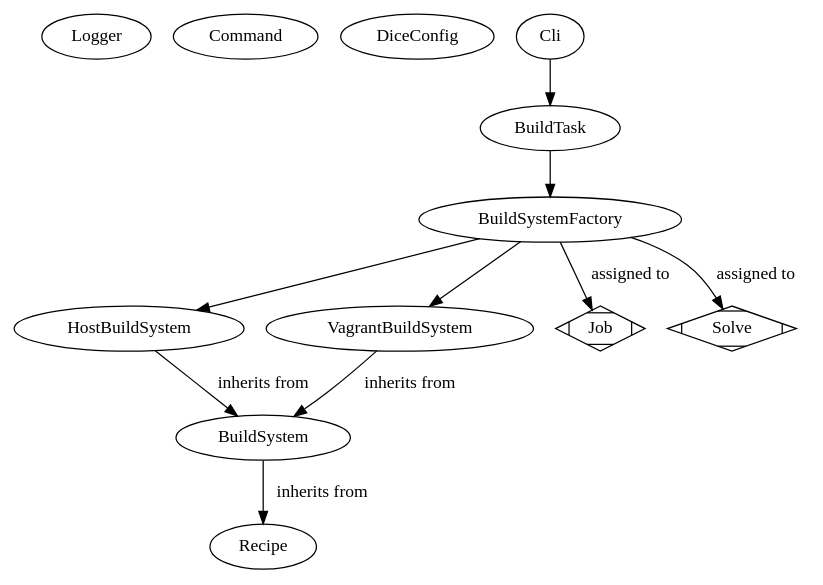
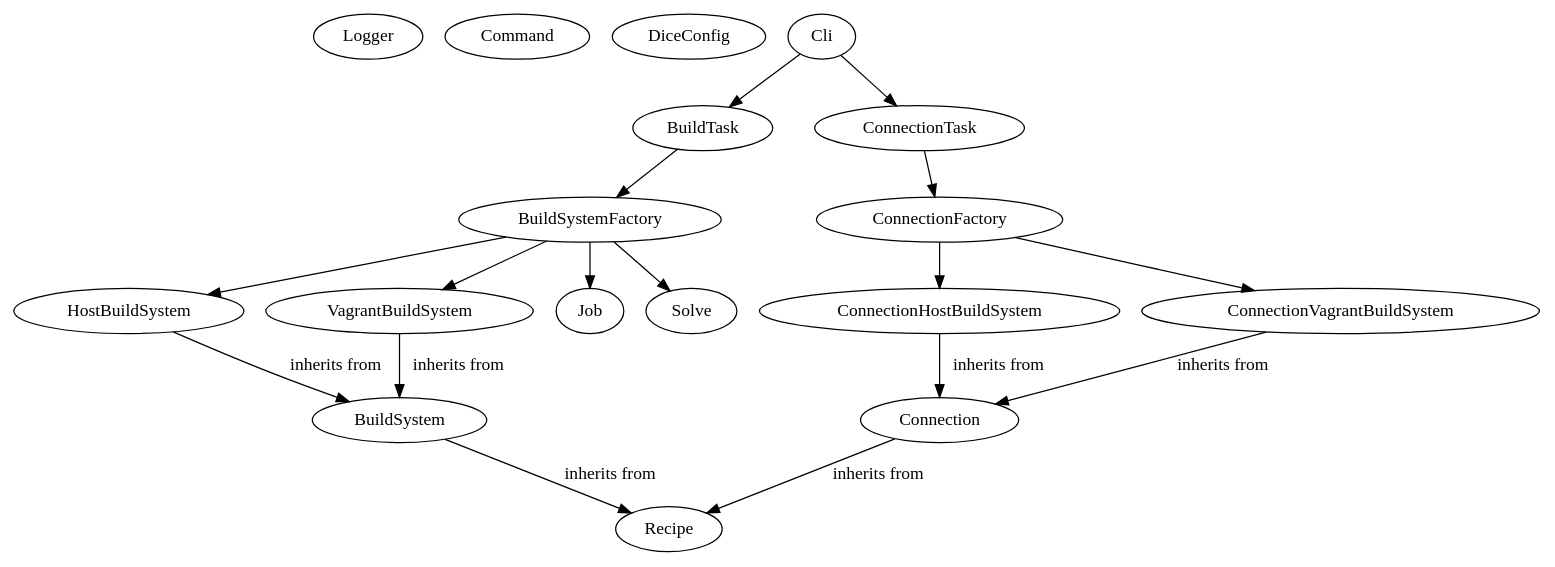
The diagram in .dice.dot (OSInside/dice), drawn with Graphviz before and after one commit. The commit also changed 8 other files, not shown here.

Commit message:
Better use factory for job and connection

```diff
--- a/.dice.dot
+++ b/.dice.dot
@@ -1,22 +1,31 @@
 digraph G {
   Logger;
   Command;
   DiceConfig;
 
   Cli;
   Cli -> BuildTask;
 
+  Cli -> ConnectionTask;
+
+  ConnectionHostBuildSystem -> Connection [label="inherits from"];
+  ConnectionVagrantBuildSystem -> Connection [label="inherits from"];
+  Connection -> Recipe [label="inherits from"];
+
   HostBuildSystem -> BuildSystem [label="inherits from"];
   VagrantBuildSystem -> BuildSystem [label="inherits from"];
   BuildSystem -> Recipe [label="inherits from"];
 
-  Job [shape="Mdiamond"]
-  BuildSystemFactory -> Job [label="assigned to"];
-  Solve [shape="Mdiamond"]
-  BuildSystemFactory -> Solve [label="assigned to"];
+  ConnectionFactory -> ConnectionVagrantBuildSystem;
+  ConnectionFactory -> ConnectionHostBuildSystem;
+
+  ConnectionTask -> ConnectionFactory;
+
+  BuildSystemFactory -> Job;
+  BuildSystemFactory -> Solve;
 
   BuildSystemFactory -> HostBuildSystem
   BuildSystemFactory -> VagrantBuildSystem
 
   BuildTask -> BuildSystemFactory;
 }
```
